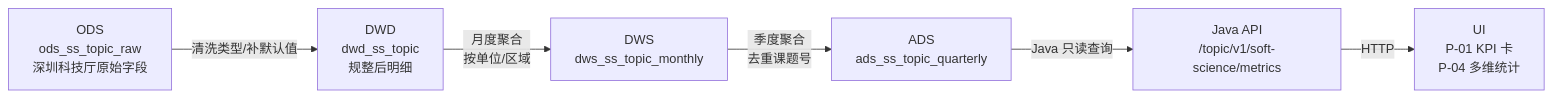
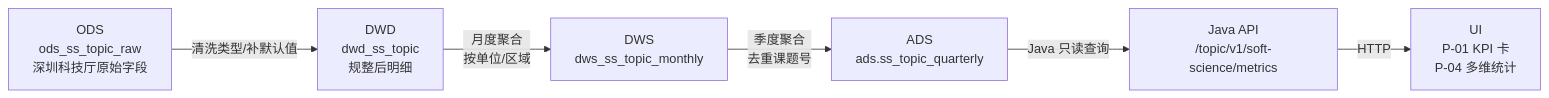
The diagram in agent-delivery/templates/metric-spec-card-template.md (Marisolebxf/-), drawn with Mermaid before and after one commit. The commit also changed other lines of this file and 19 other files, not shown here.

First line of the commit message:
docs(data): align innov/CHAIN docs to PostgreSQL schema.table [agent:data]

````diff
--- a/agent-delivery/templates/metric-spec-card-template.md
+++ b/agent-delivery/templates/metric-spec-card-template.md
@@ -69,8 +69,8 @@
 ```mermaid
 flowchart LR
   ODS[ODS<br/>ods_ss_topic_raw<br/>深圳科技厅原始字段] -->|清洗类型/补默认值| DWD[DWD<br/>dwd_ss_topic<br/>规整后明细]
   DWD -->|月度聚合<br/>按单位/区域| DWS[DWS<br/>dws_ss_topic_monthly]
-  DWS -->|季度聚合<br/>去重课题号| ADS[ADS<br/>ads_ss_topic_quarterly]
+  DWS -->|季度聚合<br/>去重课题号| ADS[ADS<br/>ads.ss_topic_quarterly]
   ADS -->|Java 只读查询| API[Java API<br/>/topic/v1/soft-science/metrics]
   API -->|HTTP| UI[UI<br/>P-01 KPI 卡<br/>P-04 多维统计]
 ```
````
